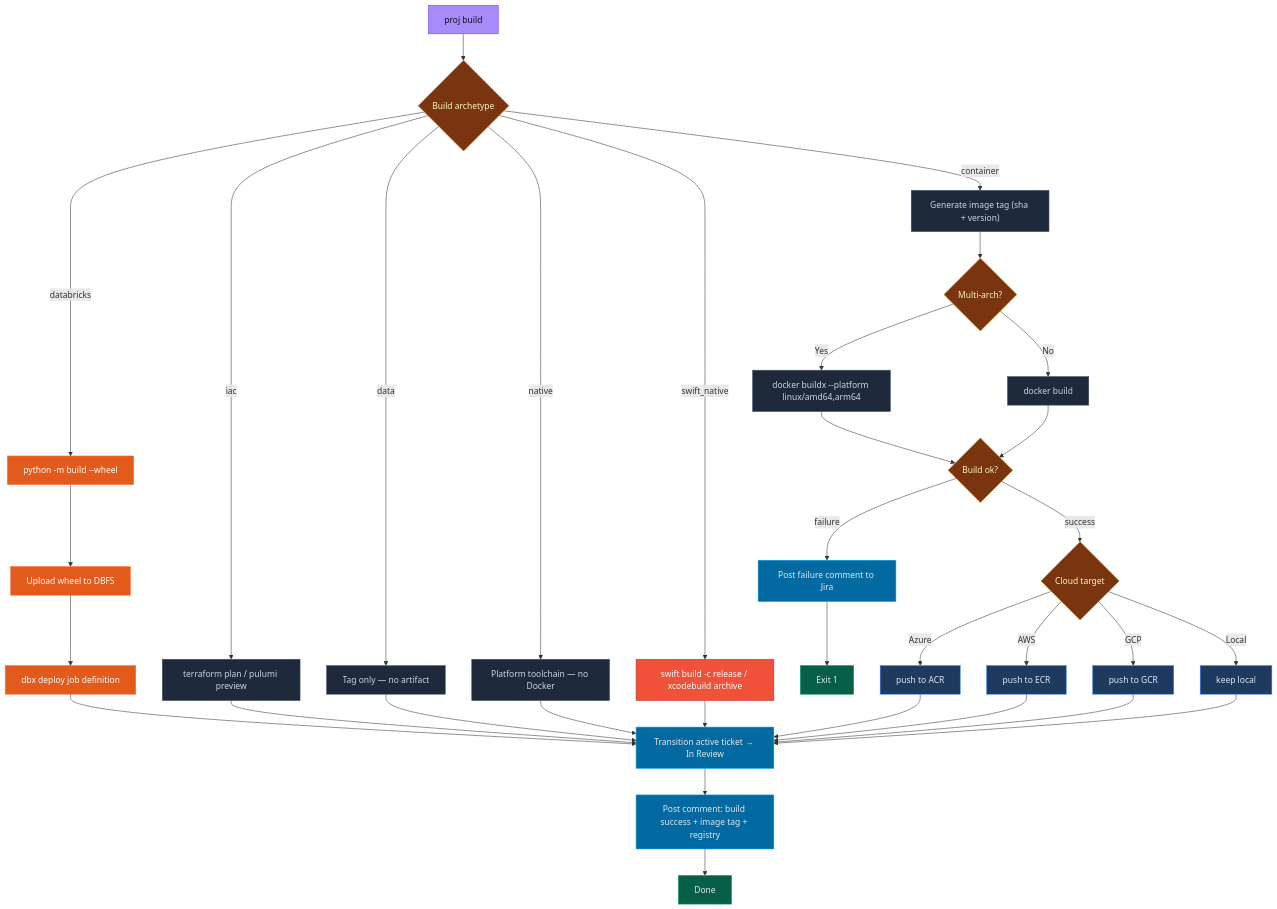
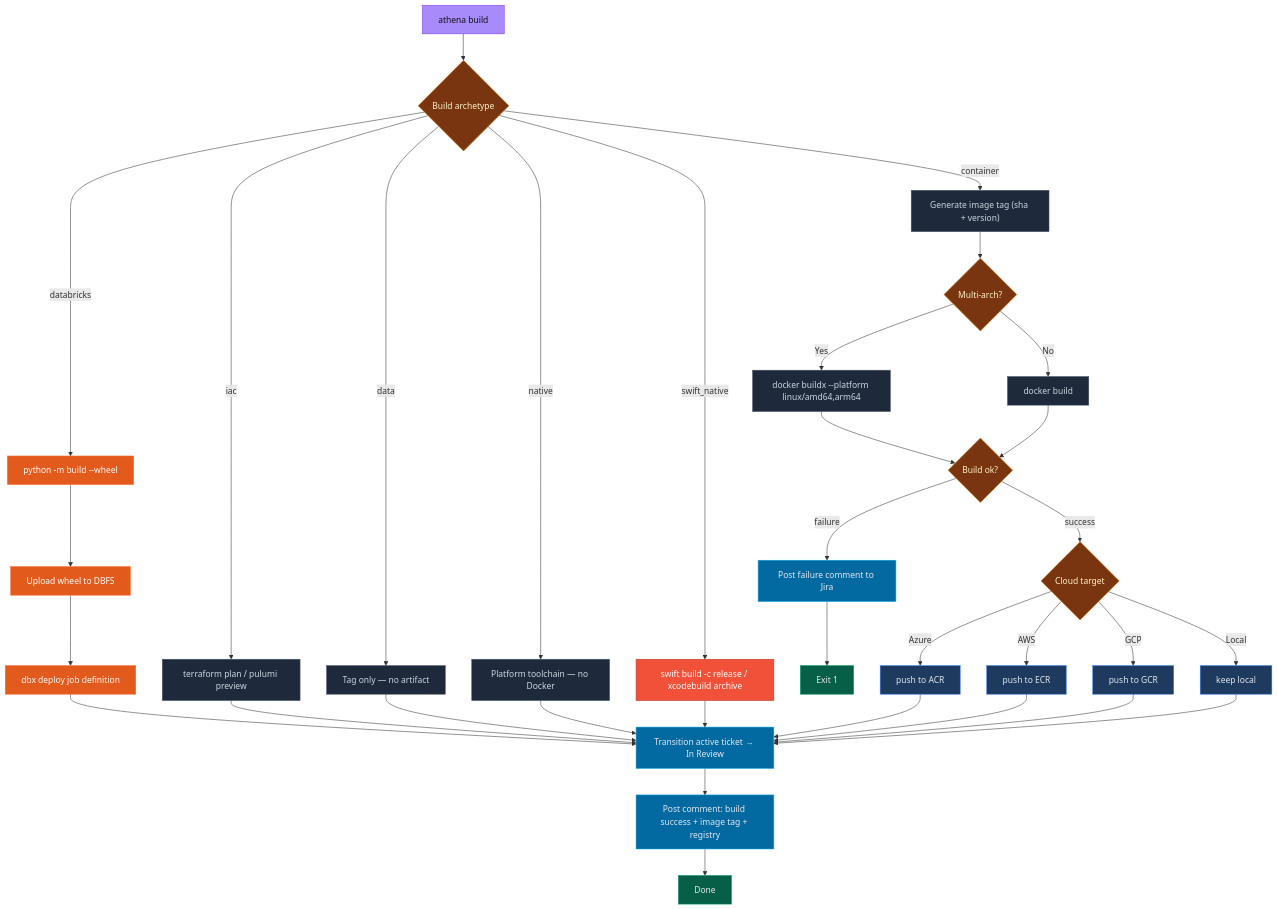
The fifth of 7 diagrams in README.md (erosrage/Athena), drawn with Mermaid before and after one commit. The commit also changed other lines of this file and 23 other files, not shown here.

````diff
--- a/README.md
+++ b/README.md
@@ -170,40 +170,40 @@
 ```mermaid
 flowchart TD
-    A["proj build"]:::entry
+    A["athena build"]:::entry
     A --> BT{"Build archetype"}:::decision
     BT -->|"databricks"| DB1["python -m build --wheel"]:::dbx
     DB1 --> DB2["Upload wheel to DBFS"]:::dbx
     DB2 --> DB3["dbx deploy job definition"]:::dbx
     DB3 --> JOK
     BT -->|"iac"| IaC["terraform plan / pulumi preview"]:::action
     IaC --> JOK
     BT -->|"data"| DATA["Tag only — no artifact"]:::action
     DATA --> JOK
     BT -->|"native"| NAT["Platform toolchain — no Docker"]:::action
     NAT --> JOK
     BT -->|"swift_native"| SW["swift build -c release / xcodebuild archive"]:::swift
     SW --> JOK
     BT -->|"container"| C["Generate image tag (sha + version)"]:::action
     C --> D{"Multi-arch?"}:::decision
     D -->|"Yes"| E["docker buildx --platform linux/amd64,arm64"]:::action
     D -->|"No"| F["docker build"]:::action
     E & F --> R{"Build ok?"}:::decision
     R -->|"failure"| JF["Post failure comment to Jira"]:::jira
     JF --> FAIL["Exit 1"]:::done
     R -->|"success"| G{"Cloud target"}:::decision
     G -->|"Azure"| H1["push to ACR"]:::cloud
     G -->|"AWS"| H2["push to ECR"]:::cloud
     G -->|"GCP"| H3["push to GCR"]:::cloud
     G -->|"Local"| H4["keep local"]:::cloud
     H1 & H2 & H3 & H4 --> JOK["Transition active ticket → In Review"]:::jira
     JOK --> JBC["Post comment: build success + image tag + registry"]:::jira
     JBC --> Z["Done"]:::done
     classDef entry fill:#a78bfa,stroke:#7c3aed,color:#0f1117
     classDef action fill:#1e293b,stroke:#475569,color:#cbd5e1
     classDef decision fill:#78350f,stroke:#d97706,color:#fef3c7
     classDef cloud fill:#1e3a5f,stroke:#3b82f6,color:#e2e8f0
     classDef done fill:#065f46,stroke:#059669,color:#e2e8f0
     classDef dbx fill:#e25a1c,stroke:#ff6b35,color:#fff
     classDef jira fill:#0369a1,stroke:#0ea5e9,color:#e2e8f0
     classDef swift fill:#f05138,stroke:#c0392b,color:#fff
 ```
````
